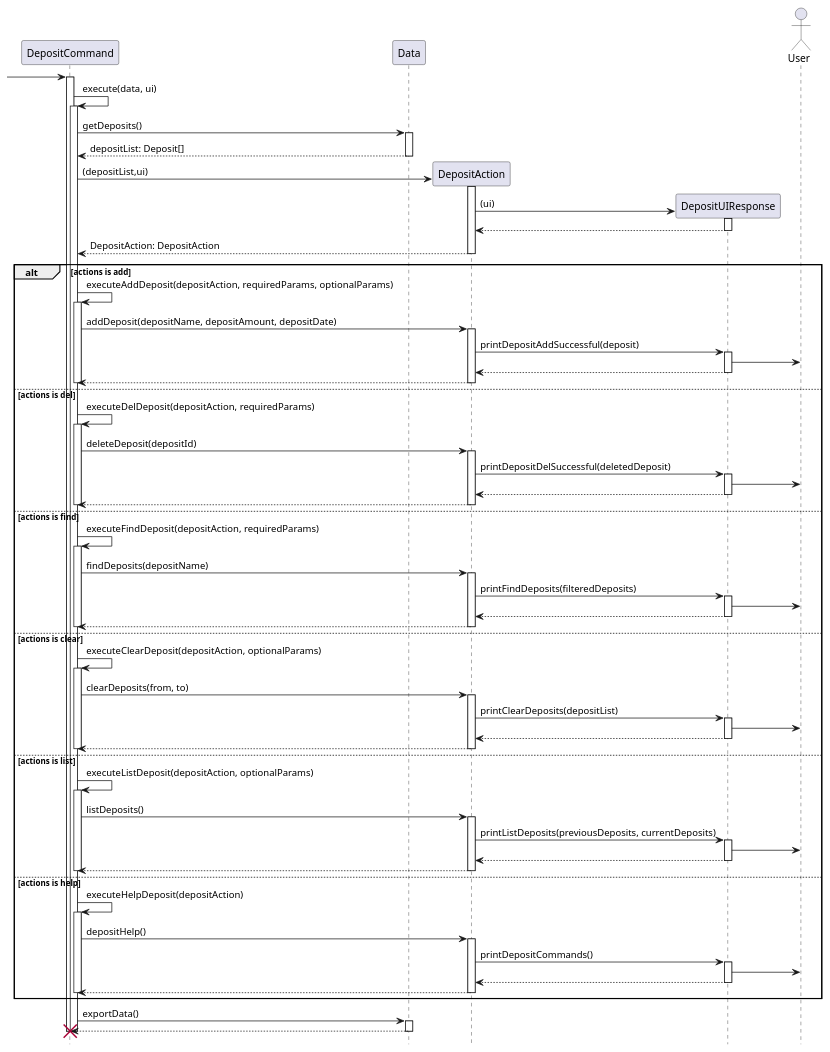
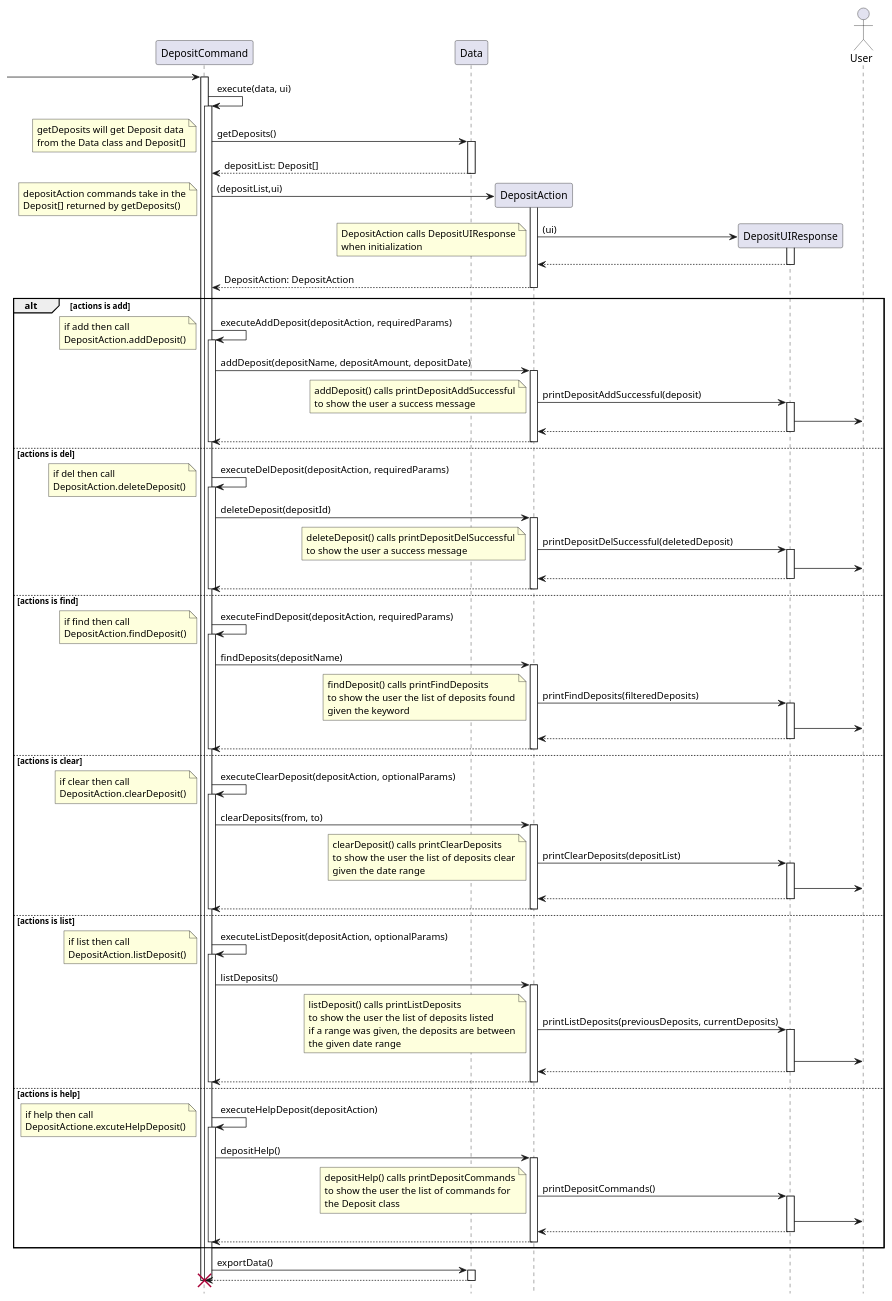
One commit to stephenkyang/tp changed the diagram in docs/diagrams/DepositCommandSequence.puml. Above: the diagram before and after it, drawn with PlantUML.

Commit message:
Finished adding notes for the UML.

```diff
--- a/docs/diagrams/DepositCommandSequence.puml
+++ b/docs/diagrams/DepositCommandSequence.puml
@@ -1,120 +1,195 @@
 @startuml
 
 hide footbox
 
 participant DepositCommand
 participant Data
 participant DepositAction
 participant DepositUIResponse
 actor User
 
  -> "DepositCommand":
 
 activate "DepositCommand"
 "DepositCommand" -> "DepositCommand": execute(data, ui)
 activate  "DepositCommand"
 "DepositCommand" -> "Data": getDeposits()
+ note left
+    getDeposits will get Deposit data
+    from the Data class and Deposit[]
+ end note
 activate "Data"
 return depositList: Deposit[]
 deactivate "Data"
 
 "DepositCommand" -> "DepositAction" ** : (depositList,ui)
+ note left
+    depositAction commands take in the
+    Deposit[] returned by getDeposits()
+ end note
 activate "DepositAction"
 
 "DepositAction" -> "DepositUIResponse" ** : (ui)
+note left
+    DepositAction calls DepositUIResponse
+    when initialization
+ end note
 activate "DepositUIResponse"
 "DepositUIResponse" --> "DepositAction"
 deactivate "DepositUIResponse"
 
 return DepositAction: DepositAction
 deactivate "DepositAction"
 
 
 alt actions is add
-"DepositCommand" -> "DepositCommand": executeAddDeposit(depositAction, requiredParams, optionalParams)
+"DepositCommand" -> "DepositCommand": executeAddDeposit(depositAction, requiredParams)
+note left
+    if add then call
+    DepositAction.addDeposit()
+ end note
+
 activate "DepositCommand"
 "DepositCommand" -> "DepositAction" : addDeposit(depositName, depositAmount, depositDate)
 activate "DepositAction"
 "DepositAction" -> "DepositUIResponse" : printDepositAddSuccessful(deposit)
+note left
+    addDeposit() calls printDepositAddSuccessful
+    to show the user a success message
+ end note
+
 activate "DepositUIResponse"
 "DepositUIResponse" -> User
 return
 return
 
 deactivate "DepositCommand"
 
 else actions is del
 "DepositCommand" -> "DepositCommand": executeDelDeposit(depositAction, requiredParams)
+note left
+    if del then call
+    DepositAction.deleteDeposit()
+ end note
 activate "DepositCommand"
 "DepositCommand" -> "DepositAction" : deleteDeposit(depositId)
 activate "DepositAction"
 "DepositAction" -> "DepositUIResponse" : printDepositDelSuccessful(deletedDeposit)
+note left
+    deleteDeposit() calls printDepositDelSuccessful
+    to show the user a success message
+ end note
 activate "DepositUIResponse"
 "DepositUIResponse" -> User
 return
 return
 
 deactivate "DepositCommand"
 
 else actions is find
 "DepositCommand" -> "DepositCommand": executeFindDeposit(depositAction, requiredParams)
+note left
+    if find then call
+    DepositAction.findDeposit()
+ end note
 activate "DepositCommand"
 "DepositCommand" -> "DepositAction" : findDeposits(depositName)
+
 activate "DepositAction"
+
 "DepositAction" -> "DepositUIResponse" : printFindDeposits(filteredDeposits)
+note left
+    findDeposit() calls printFindDeposits
+    to show the user the list of deposits found
+    given the keyword
+ end note
 activate "DepositUIResponse"
 "DepositUIResponse" -> User
 return
 return
 
 deactivate "DepositCommand"
 
 else actions is clear
 "DepositCommand" -> "DepositCommand": executeClearDeposit(depositAction, optionalParams)
+note left
+    if clear then call
+    DepositAction.clearDeposit()
+ end note
 activate "DepositCommand"
 "DepositCommand" -> "DepositAction" : clearDeposits(from, to)
+
 activate "DepositAction"
+
 "DepositAction" -> "DepositUIResponse" : printClearDeposits(depositList)
+note left
+    clearDeposit() calls printClearDeposits
+    to show the user the list of deposits clear
+    given the date range
+end note
 activate "DepositUIResponse"
 "DepositUIResponse" -> User
 return
 return
 
 deactivate "DepositCommand"
 
 else actions is list
 "DepositCommand" -> "DepositCommand": executeListDeposit(depositAction, optionalParams)
+note left
+    if list then call
+    DepositAction.listDeposit()
+ end note
 activate "DepositCommand"
 "DepositCommand" -> "DepositAction" : listDeposits()
 activate "DepositAction"
 "DepositAction" -> "DepositUIResponse" : printListDeposits(previousDeposits, currentDeposits)
+note left
+    listDeposit() calls printListDeposits
+    to show the user the list of deposits listed
+    if a range was given, the deposits are between
+    the given date range
+end note
 activate "DepositUIResponse"
 "DepositUIResponse" -> User
 return
 return
 
 deactivate "DepositCommand"
 
 else actions is help
+
 "DepositCommand" -> "DepositCommand": executeHelpDeposit(depositAction)
+note left
+    if help then call
+    DepositActione.excuteHelpDeposit()
+ end note
 activate "DepositCommand"
 "DepositCommand" -> "DepositAction" : depositHelp()
 activate "DepositAction"
 "DepositAction" -> "DepositUIResponse" : printDepositCommands()
+note left
+    depositHelp() calls printDepositCommands
+    to show the user the list of commands for
+    the Deposit class
+end note
 activate "DepositUIResponse"
 "DepositUIResponse" -> User
 return
 return
 
 deactivate "DepositCommand"
+
 end
 
 "DepositCommand" -> "Data": exportData()
+
 activate "Data"
 return
+
 deactivate "Data"
 
 destroy "DepositCommand"
 deactivate "DepositCommand"
 
 @enduml
```
